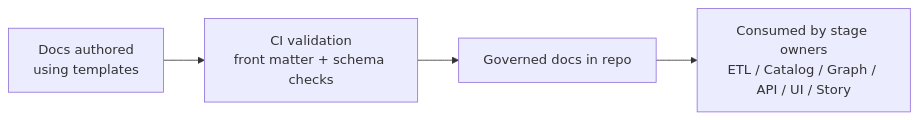
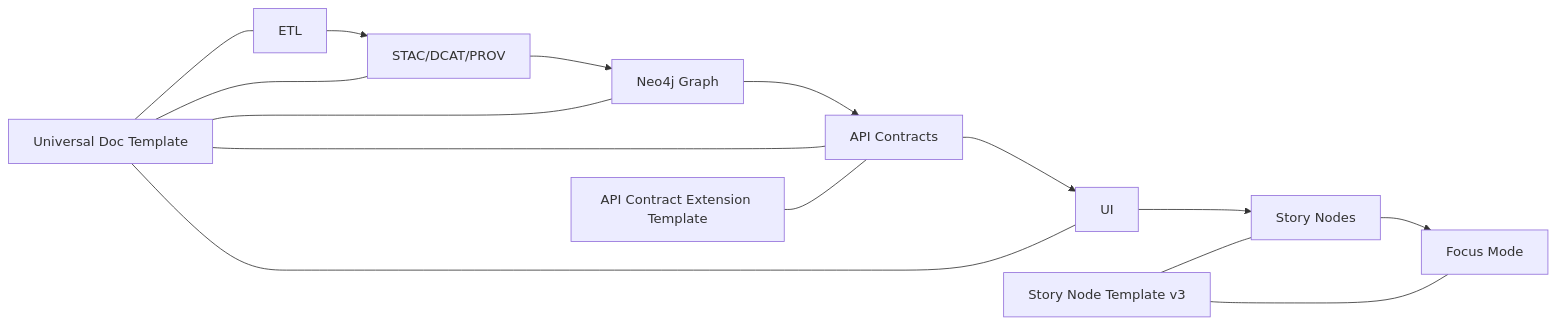
One commit to bartytime4life/Kansas-Frontier-Matrix changed the diagram in docs/templates/README.md. Above: the diagram before and after it, drawn with Mermaid. The commit also changed other lines of this file, not shown here.

```diff
--- a/docs/templates/README.md
+++ b/docs/templates/README.md
@@ -174,6 +153,20 @@
 ~~~mermaid
 flowchart LR
-  A[Docs authored<br/>using templates] --> B[CI validation<br/>front matter + schema checks]
-  B --> C[Governed docs in repo]
-  C --> D[Consumed by stage owners<br/>ETL / Catalog / Graph / API / UI / Story]
+  A[ETL] --> B[STAC/DCAT/PROV]
+  B --> C[Neo4j Graph]
+  C --> D[API Contracts]
+  D --> E[UI]
+  E --> F[Story Nodes]
+  F --> G[Focus Mode]
+
+  T1["Universal Doc Template"] --- A
+  T1 --- B
+  T1 --- C
+  T1 --- D
+  T1 --- E
+
+  T2["Story Node Template v3"] --- F
+  T2 --- G
+
+  T3["API Contract Extension Template"] --- D
 ~~~
```
